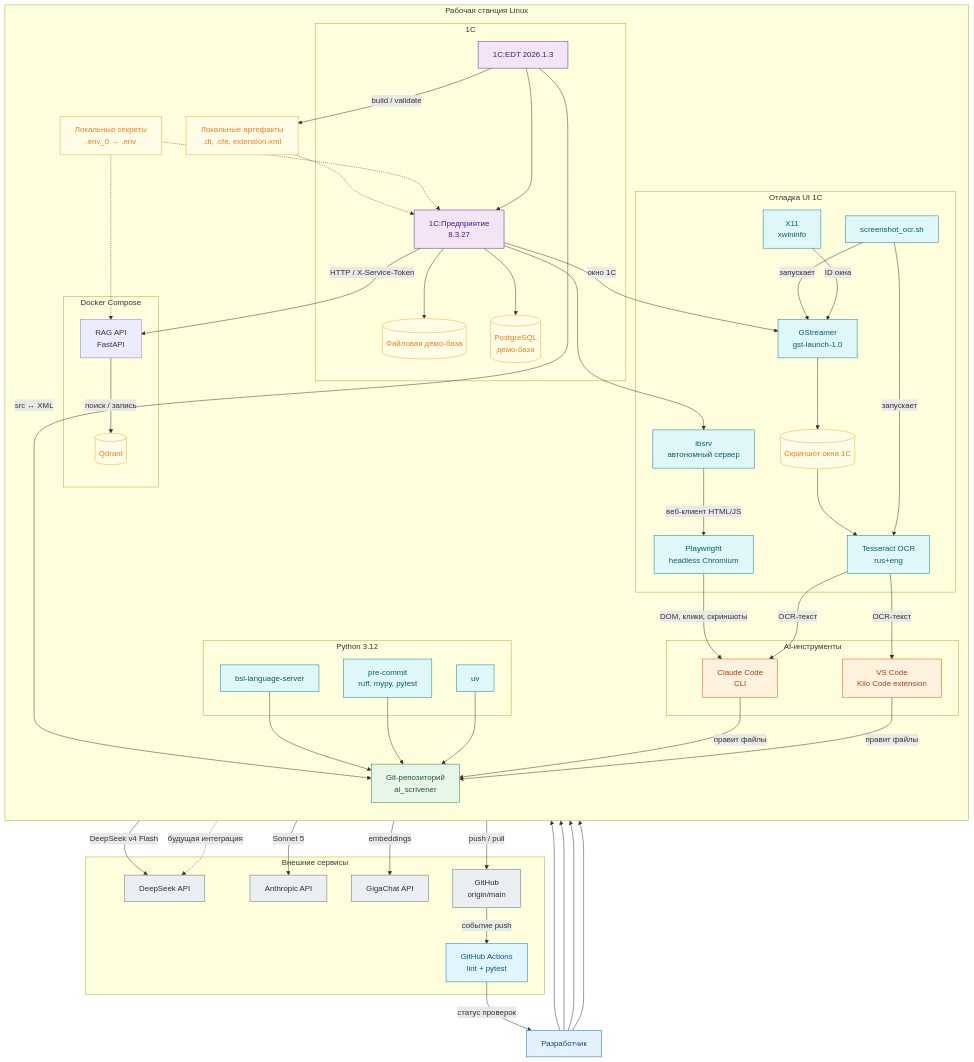
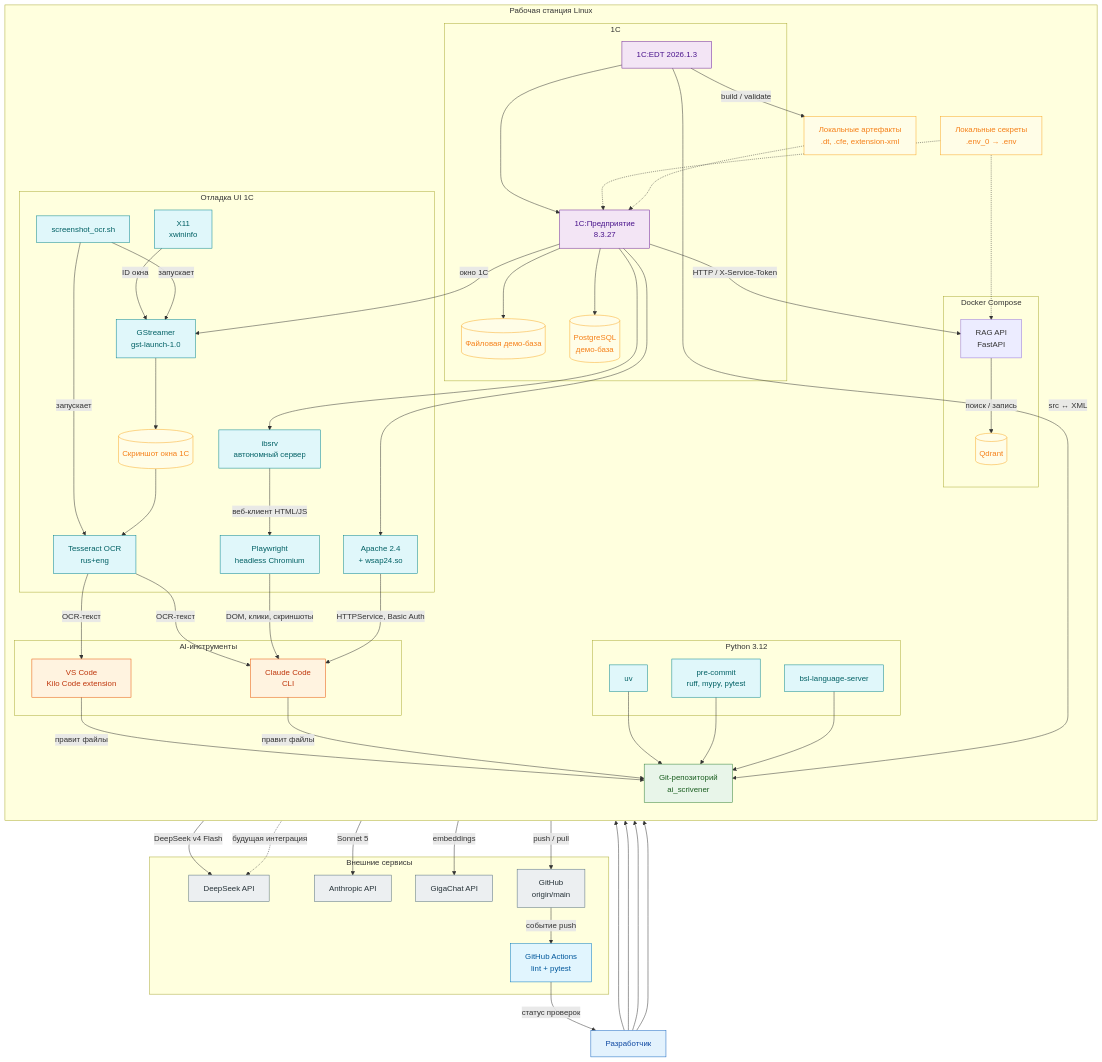
One commit to igorvolk1961/ai_scrivener changed the diagram in guides/dev-environment.md. Above: the diagram before and after it, drawn with Mermaid. The commit also changed other lines of this file and 10 other files, not shown here.

```diff
--- a/guides/dev-environment.md
+++ b/guides/dev-environment.md
@@ -36,6 +36,7 @@
       SCREEN[("Скриншот окна 1С")]
       IBSRV["ibsrv<br/>автономный сервер"]
       PWR["Playwright<br/>headless Chromium"]
+      APACHE["Apache 2.4<br/>+ wsap24.so"]
     end
     ENV["Локальные секреты<br/>.env_0 → .env"]
     ART["Локальные артефакты<br/>.dt, .cfe, extension-xml"]
@@ -82,6 +83,8 @@
   PLATFORM --> IBSRV
   IBSRV -->|"веб-клиент HTML/JS"| PWR
   PWR -->|"DOM, клики, скриншоты"| CLAUDE
+  PLATFORM --> APACHE
+  APACHE -->|"HTTPService, Basic Auth"| CLAUDE
   PLATFORM -.->|"будущая интеграция"| DS
   ENV -.-> RAG
   ENV -.-> PLATFORM
@@ -98,7 +101,7 @@
   class DEV human
   class KILO,CLAUDE agent
   class REPO repo
-  class UV,CHECKS,BSL,OCR,GST,XWIN,TESS,IBSRV,PWR tool
+  class UV,CHECKS,BSL,OCR,GST,XWIN,TESS,IBSRV,PWR,APACHE tool
   class EDT,PLATFORM onec
   class FILEBASE,PGBASE,QD,ART,ENV,SCREEN storage
   class DS,ANT,GC,GH external
```
